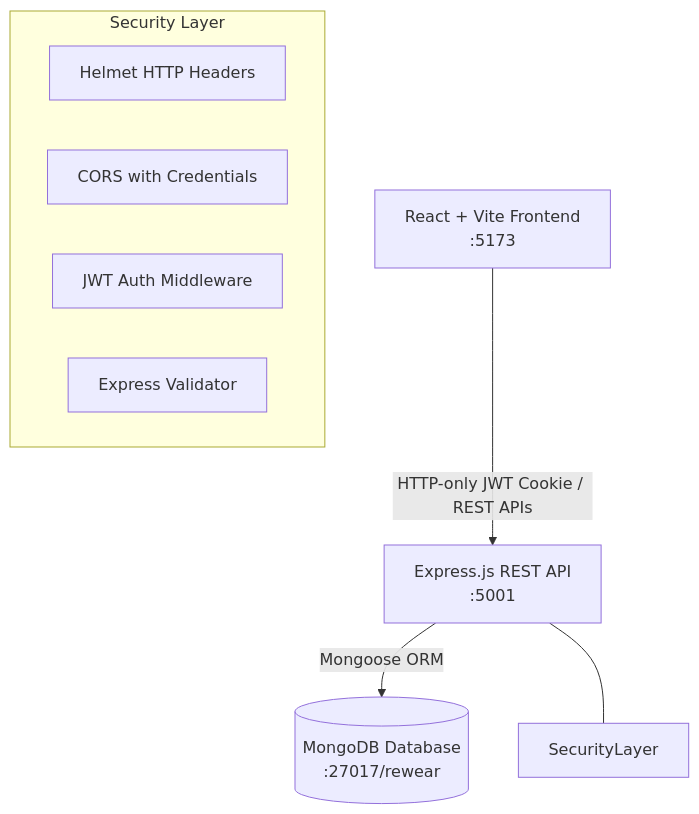
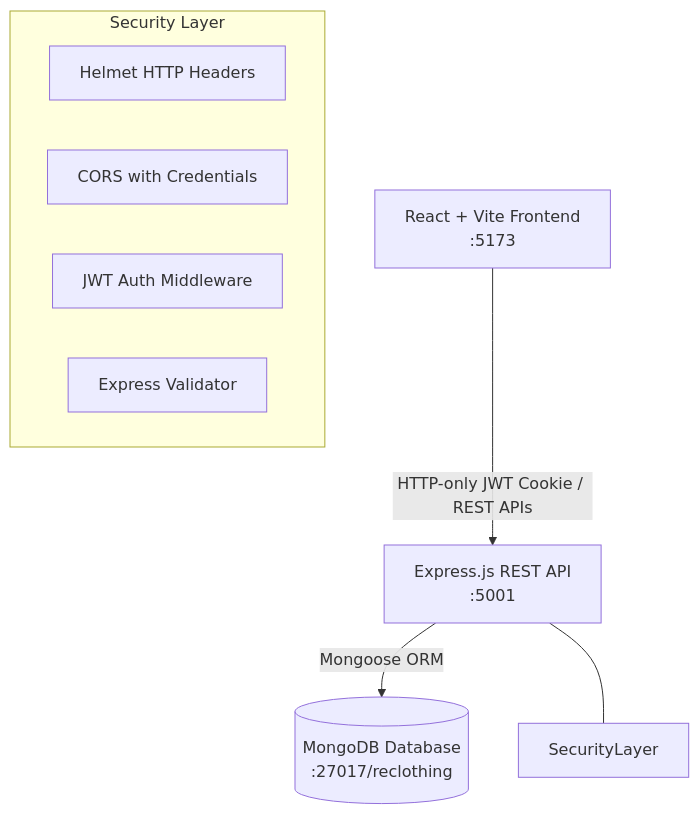
The first of 2 diagrams in README.md (takshkalathiya/ReClothing), drawn with Mermaid before and after one commit. The commit also changed other lines of this file and 24 other files, not shown here.

````diff
--- a/README.md
+++ b/README.md
@@ -96,14 +96,14 @@
 ```mermaid
 graph TD
     Client[React + Vite Frontend<br/>:5173] -->|HTTP-only JWT Cookie / REST APIs| Server[Express.js REST API<br/>:5001]
-    Server -->|Mongoose ORM| DB[(MongoDB Database<br/>:27017/rewear)]
+    Server -->|Mongoose ORM| DB[(MongoDB Database<br/>:27017/reclothing)]
 
     subgraph Security Layer
         Helmet[Helmet HTTP Headers]
         CORS[CORS with Credentials]
         AuthMid[JWT Auth Middleware]
         Validator[Express Validator]
     end
 
     Server --- SecurityLayer
 ```
````
